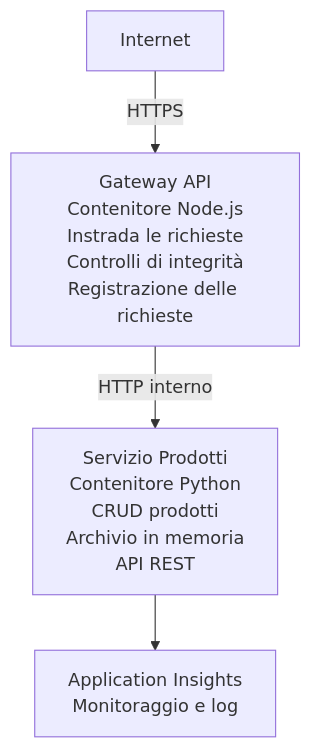
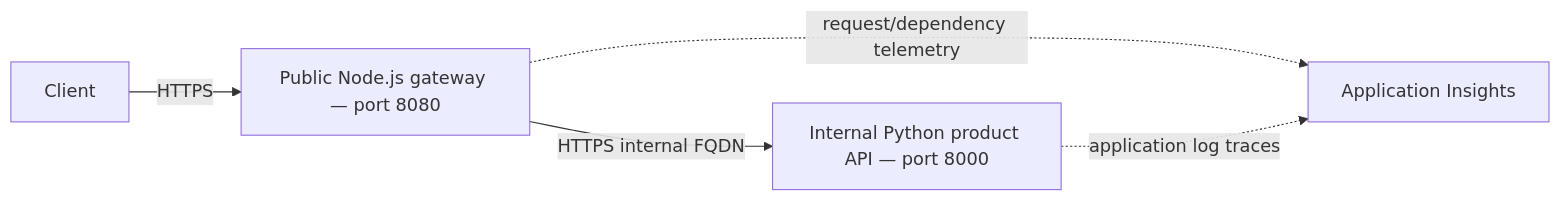
Before and after one commit to microsoft/AZD-for-beginners: the diagram in translations/it/examples/container-app/microservices/README.md, drawn with Mermaid. The commit also changed other lines of this file and 141 other files, not shown here.

````diff
--- a/translations/it/examples/container-app/microservices/README.md
+++ b/translations/it/examples/container-app/microservices/README.md
@@ -23,6 +16,7 @@
 ```mermaid
-graph TD
-    Internet[Internet] -- HTTPS --> Gateway[Gateway API<br/>Contenitore Node.js<br/>Instrada le richieste<br/>Controlli di integrità<br/>Registrazione delle richieste]
-    Gateway -- HTTP interno --> Product[Servizio Prodotti<br/>Contenitore Python<br/>CRUD prodotti<br/>Archivio in memoria<br/>API REST]
-    Product --> Insights[Application Insights<br/>Monitoraggio e log]
+flowchart LR
+    Client -->|HTTPS| Gateway[Public Node.js gateway — port 8080]
+    Gateway -->|HTTPS internal FQDN| Product[Internal Python product API — port 8000]
+    Gateway -. request/dependency telemetry .-> Insights[Application Insights]
+    Product -. application log traces .-> Insights
 ```
````
